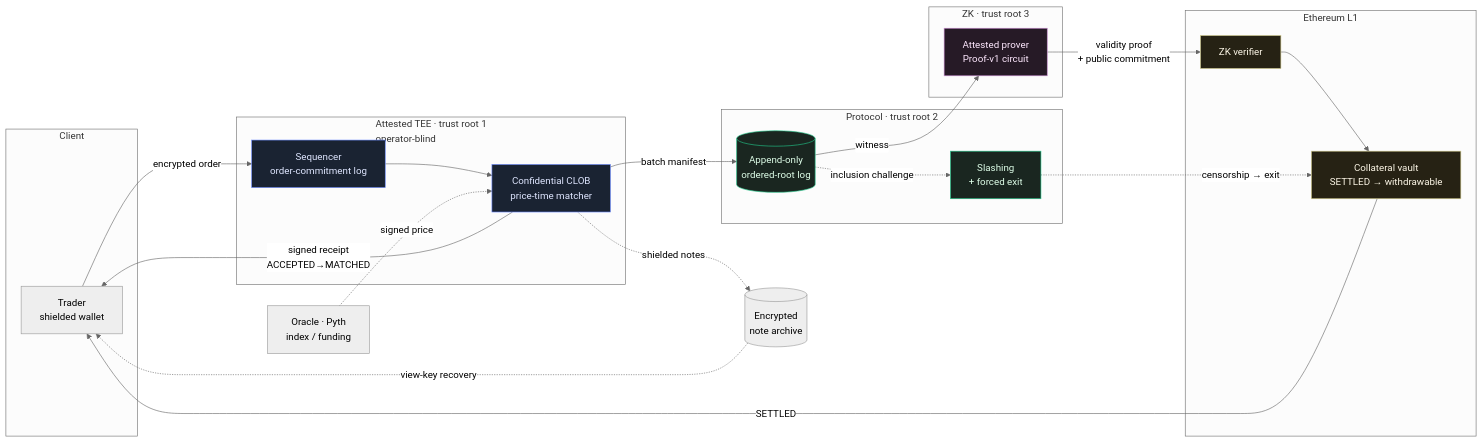
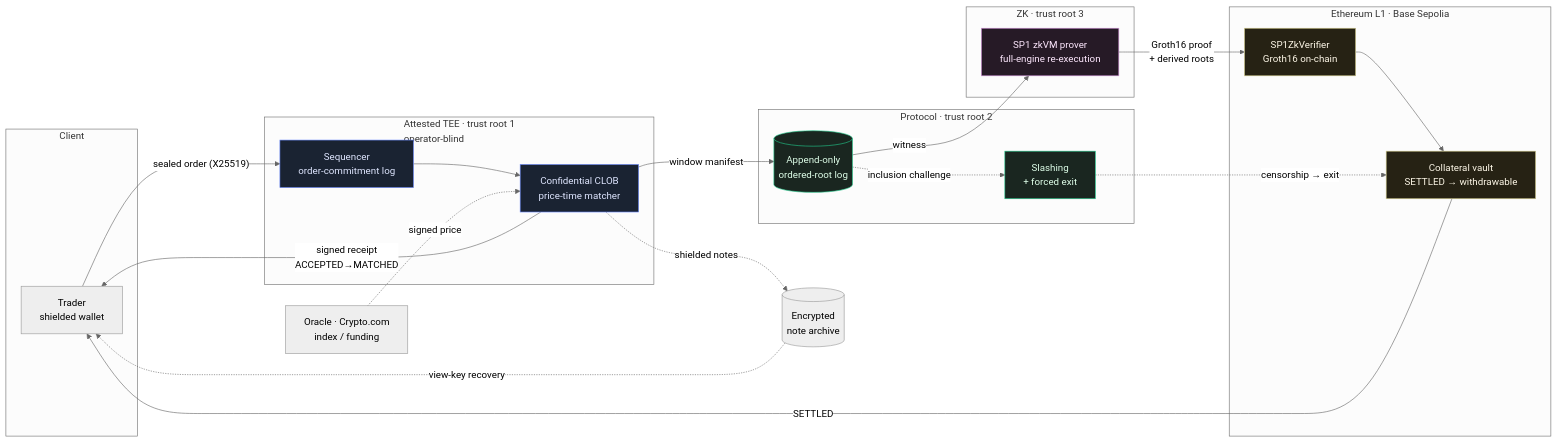
The diagram in README.md (Arcora-labs/arcora-perp), drawn with Mermaid (neutral theme) before and after one commit. The commit also changed other lines of this file, not shown here.

First line of the commit message:
docs(readme): update for live real-Groth16 alpha (Arcora Perp brand)

````diff
--- a/README.md
+++ b/README.md
@@ -48,49 +52,49 @@
 ```mermaid
 flowchart LR
     subgraph CLIENT["Client"]
         U["Trader<br/>shielded wallet"]
     end
 
     subgraph TEE["Attested TEE · trust root 1<br/>operator-blind"]
         SEQ["Sequencer<br/>order-commitment log"]
         MAT["Confidential CLOB<br/>price-time matcher"]
         SEQ --> MAT
     end
 
     subgraph PROTO["Protocol · trust root 2"]
         LOG[("Append-only<br/>ordered-root log")]
         SLASH["Slashing<br/>+ forced exit"]
     end
 
     subgraph ZK["ZK · trust root 3"]
-        PRV["Attested prover<br/>Proof-v1 circuit"]
+        PRV["SP1 zkVM prover<br/>full-engine re-execution"]
     end
 
-    subgraph L1["Ethereum L1"]
-        VER["ZK verifier"]
+    subgraph L1["Ethereum L1 · Base Sepolia"]
+        VER["SP1ZkVerifier<br/>Groth16 on-chain"]
         VAULT["Collateral vault<br/>SETTLED → withdrawable"]
         VER --> VAULT
     end
 
-    U -->|"encrypted order"| SEQ
+    U -->|"sealed order (X25519)"| SEQ
     MAT -->|"signed receipt<br/>ACCEPTED→MATCHED"| U
-    MAT -->|"batch manifest"| LOG
+    MAT -->|"window manifest"| LOG
     LOG -->|"witness"| PRV
-    PRV -->|"validity proof<br/>+ public commitment"| VER
+    PRV -->|"Groth16 proof<br/>+ derived roots"| VER
     VAULT -->|"SETTLED"| U
 
-    ORC["Oracle · Pyth<br/>index / funding"] -.->|"signed price"| MAT
+    ORC["Oracle · Crypto.com<br/>index / funding"] -.->|"signed price"| MAT
     LOG -.->|"inclusion challenge"| SLASH
     SLASH -.->|"censorship → exit"| VAULT
     ARC[("Encrypted<br/>note archive")] -.->|"view-key recovery"| U
     MAT -.->|"shielded notes"| ARC
 
     classDef tee fill:#1a2332,stroke:#6c8cff,color:#dfe6ff;
     classDef proto fill:#1a2620,stroke:#22c98b,color:#dfffe9;
     classDef zk fill:#261a26,stroke:#c98bd0,color:#ffe9ff;
     classDef l1 fill:#262214,stroke:#d0c98b,color:#fff9e9;
     class SEQ,MAT tee;
     class LOG,SLASH proto;
     class PRV zk;
     class VER,VAULT l1;
 ```
````
